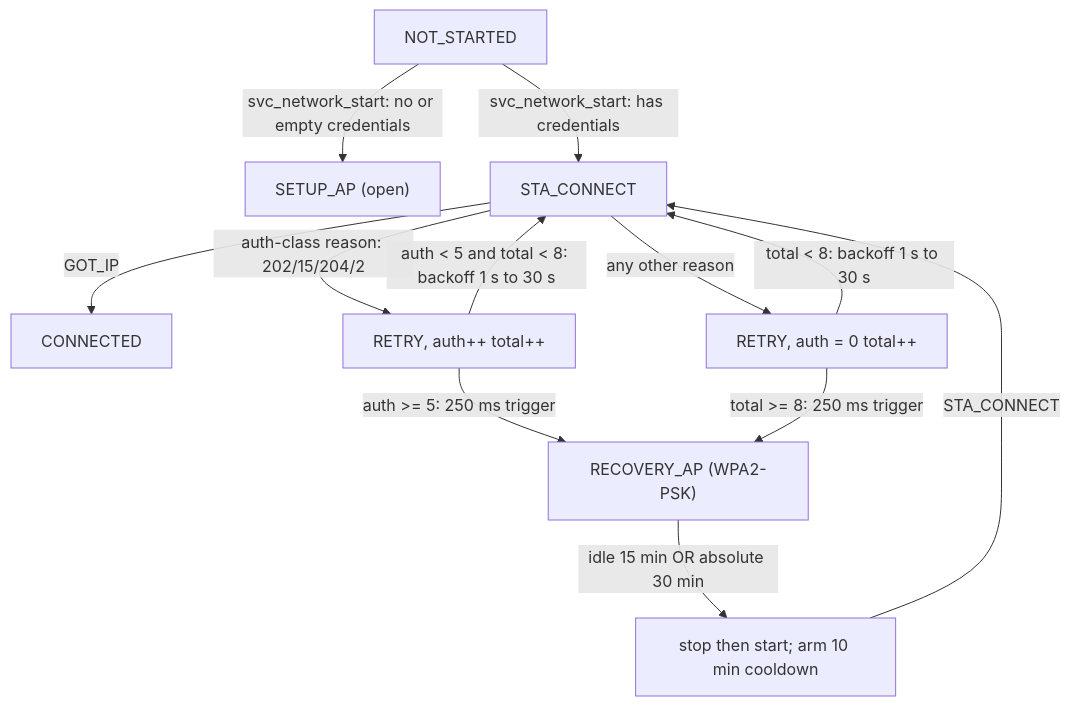
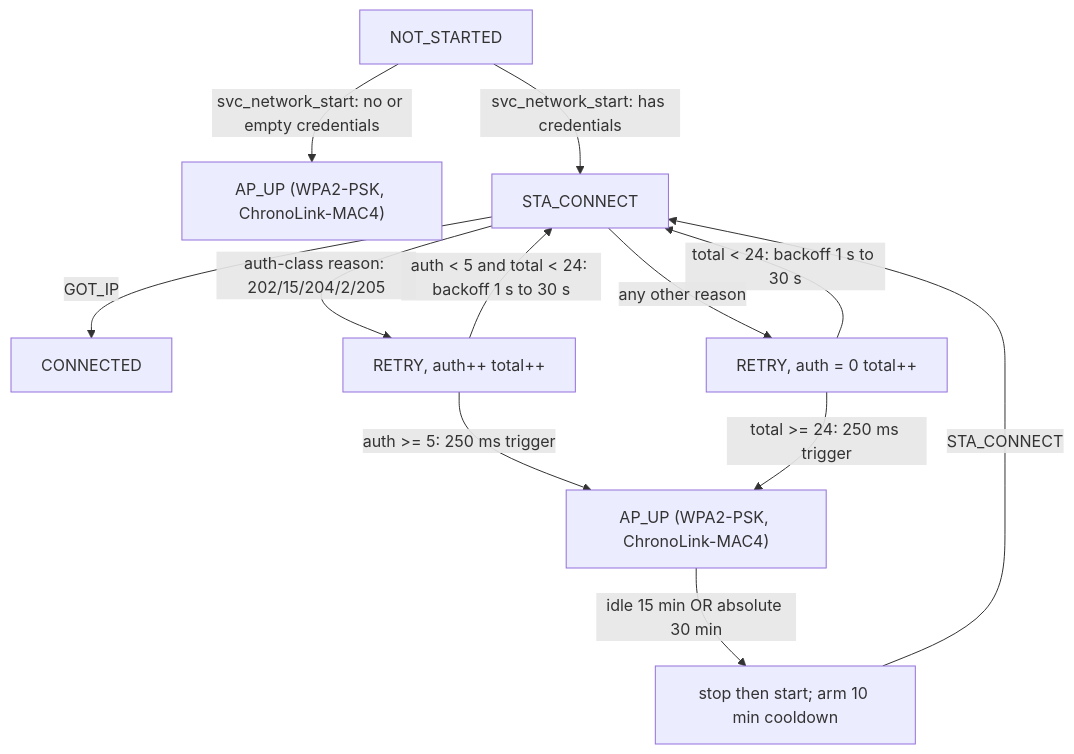
Before and after one commit to salmankha19/chronolink-v4-os-mirror: the second of 2 diagrams in docs/Architecture.md, drawn with Mermaid. The commit also changed other lines of this file and 8 other files, not shown here.

First line of the commit message:
feat: CR #4 unified WPA2 provisioning mode + auth fix

````diff
--- a/docs/Architecture.md
+++ b/docs/Architecture.md
@@ -253,14 +256,14 @@
 ```mermaid
 flowchart TB
-    START[NOT_STARTED] -->|"svc_network_start: no or empty credentials"| SETUP["SETUP_AP (open)"]
+    START[NOT_STARTED] -->|"svc_network_start: no or empty credentials"| SETUP["AP_UP (WPA2-PSK, ChronoLink-MAC4)"]
     START -->|"svc_network_start: has credentials"| STA[STA_CONNECT]
     STA -->|GOT_IP| CONNECTED[CONNECTED]
-    STA -->|"auth-class reason: 202/15/204/2"| RETRYA["RETRY, auth++ total++"]
+    STA -->|"auth-class reason: 202/15/204/2/205"| RETRYA["RETRY, auth++ total++"]
     STA -->|"any other reason"| RETRYO["RETRY, auth = 0 total++"]
-    RETRYA -->|"auth < 5 and total < 8: backoff 1 s to 30 s"| STA
-    RETRYO -->|"total < 8: backoff 1 s to 30 s"| STA
-    RETRYA -->|"auth >= 5: 250 ms trigger"| RECOVERY["RECOVERY_AP (WPA2-PSK)"]
-    RETRYO -->|"total >= 8: 250 ms trigger"| RECOVERY
+    RETRYA -->|"auth < 5 and total < 24: backoff 1 s to 30 s"| STA
+    RETRYO -->|"total < 24: backoff 1 s to 30 s"| STA
+    RETRYA -->|"auth >= 5: 250 ms trigger"| RECOVERY["AP_UP (WPA2-PSK, ChronoLink-MAC4)"]
+    RETRYO -->|"total >= 24: 250 ms trigger"| RECOVERY
     RECOVERY -->|"idle 15 min OR absolute 30 min"| EXIT["stop then start; arm 10 min cooldown"]
     EXIT -->|STA_CONNECT| STA
 ```
````
